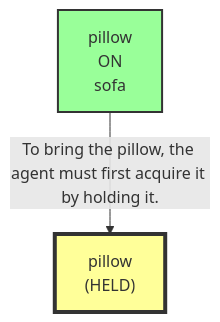
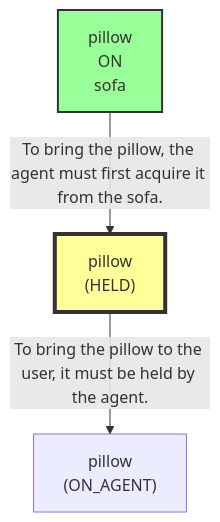
Before and after one commit to scuama/virtualhome: the second of 2 diagrams in evaluation/results/table1/robostate/dynamic/high/M1_04/run_T1_DYN_M1_04_high.md, drawn with Mermaid. The commit also changed other lines of this file and 133 other files, not shown here.

````diff
--- a/evaluation/results/table1/robostate/dynamic/high/M1_04/run_T1_DYN_M1_04_high.md
+++ b/evaluation/results/table1/robostate/dynamic/high/M1_04/run_T1_DYN_M1_04_high.md
@@ -263,8 +155,10 @@
 ```mermaid
 graph TD
     N1["pillow<br>ON<br>sofa"]
     style N1 fill:#9f9,stroke:#333,stroke-width:2px
     N2["pillow<br>(HELD)"]
     style N2 fill:#ff9,stroke:#333,stroke-width:4px
-    N1 -->|"To bring the pillow, the agent must first acquire it by holding it."| N2
+    N3["pillow<br>(ON_AGENT)"]
+    N1 -->|"To bring the pillow, the agent must first acquire it from the sofa."| N2
+    N2 -->|"To bring the pillow to the user, it must be held by the agent."| N3
 ```
````
